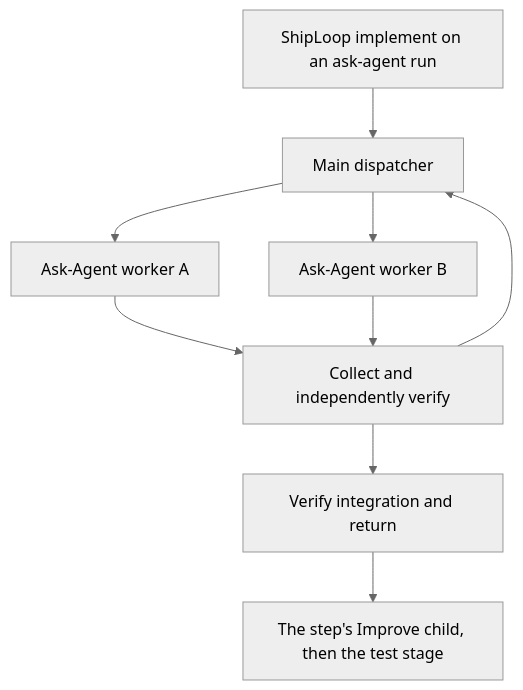
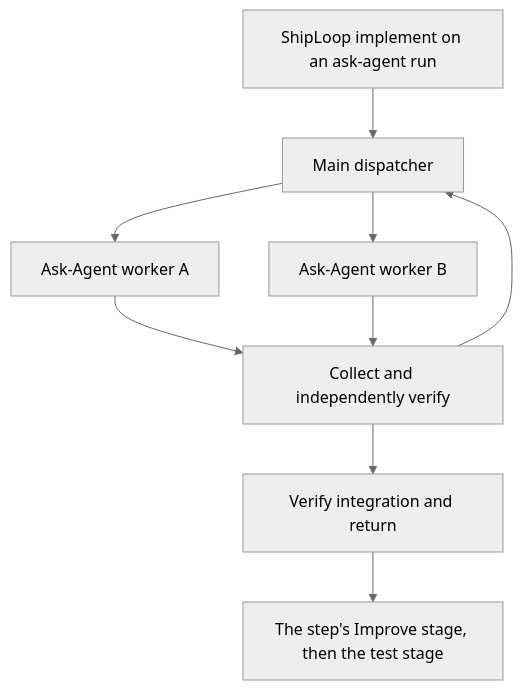
Before and after one commit to whichguy/skill-craft: the diagram in skills/shiploop/references/parallel-chain.md, drawn with Mermaid (neutral theme). The commit also changed other lines of this file and 73 other files, not shown here.

````diff
--- a/skills/shiploop/references/parallel-chain.md
+++ b/skills/shiploop/references/parallel-chain.md
@@ -25,11 +25,11 @@
 ```mermaid
 flowchart TD
     S[ShipLoop implement on an ask-agent run] --> D[Main dispatcher]
     D --> A[Ask-Agent worker A]
     D --> B[Ask-Agent worker B]
     A --> V[Collect and independently verify]
     B --> V
     V --> D
     V --> J[Verify integration and return]
-    J --> I[The step's Improve child, then the test stage]
+    J --> I[The step's Improve stage, then the test stage]
 ```
````
